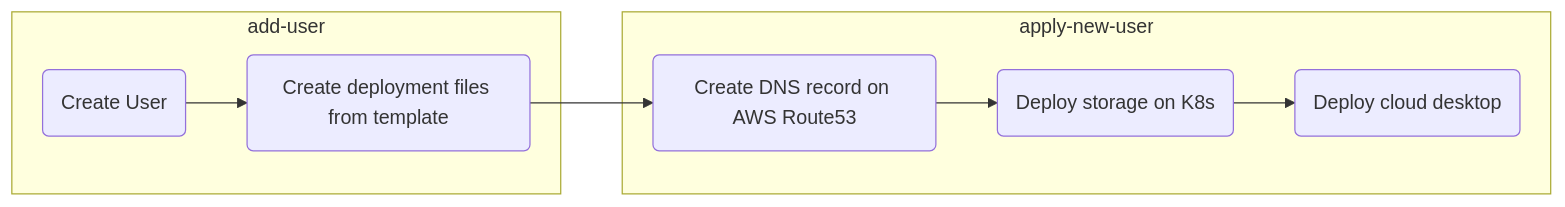
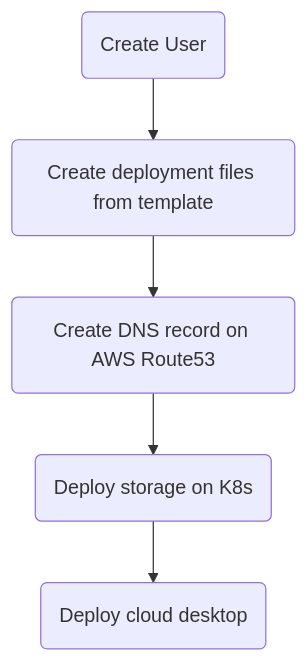
One commit to campusrover/DEPRECATED-Use-Labnotebook2-Instead changed the diagram in clouddesktop/operation-guide/graphs/lifecycle-create.mmd. Above: the diagram before and after it, drawn with Mermaid. The commit also changed 3 other files, not shown here.

Commit message:
Update graphs

```diff
--- a/clouddesktop/operation-guide/graphs/lifecycle-create.mmd
+++ b/clouddesktop/operation-guide/graphs/lifecycle-create.mmd
@@ -1,15 +1,11 @@
-graph LR
+graph TB
     create-user(Create User)
     create-template(Create deployment files from template)
     create-dns-record(Create DNS record on AWS Route53)
     deploy-storage(Deploy storage on K8s)
     deploy-desktop(Deploy cloud desktop)
     
-    subgraph au [add-user]
     create-user --> create-template
-    end
     create-template --> create-dns-record
-    subgraph anu [apply-new-user]
     create-dns-record --> deploy-storage
     deploy-storage --> deploy-desktop
-    end
```
